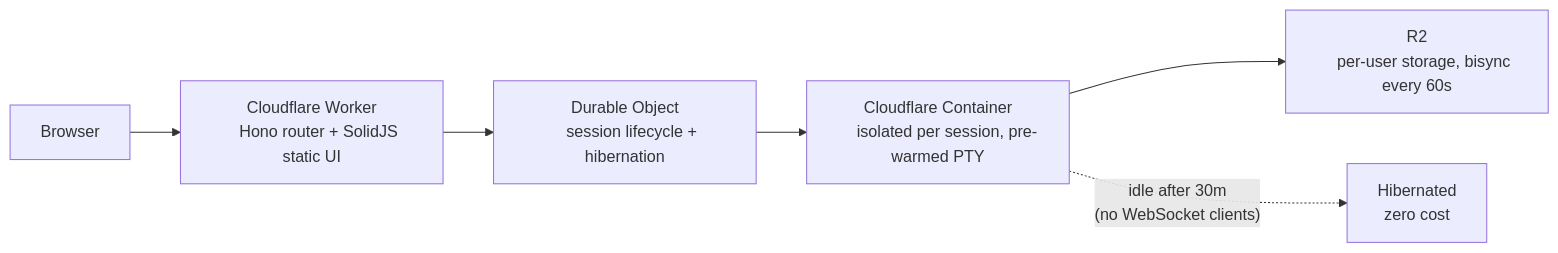
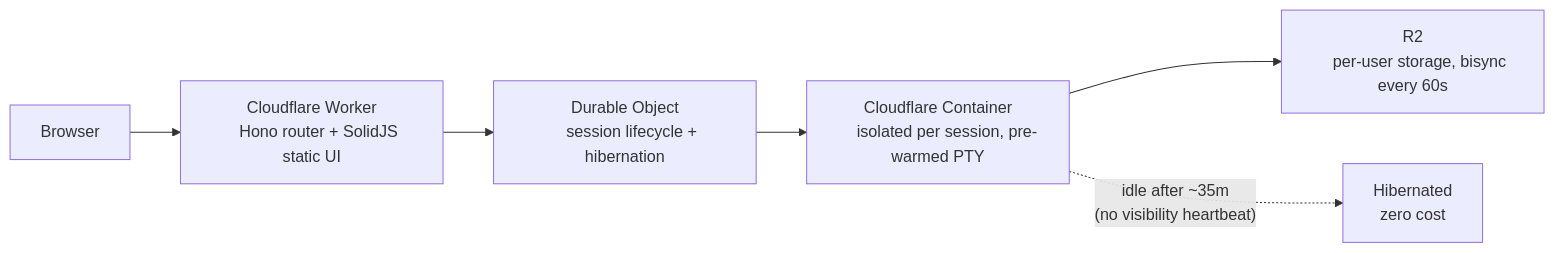
The diagram in README.md (nikolanovoselec/codeflare), drawn with Mermaid before and after one commit. The commit also changed 11 other files, not shown here.

First line of the commit message:
feat: visibility heartbeat idle detection — replace input-based renewal

````diff
--- a/README.md
+++ b/README.md
@@ -75,14 +75,14 @@
 ```mermaid
 flowchart LR
     A[Browser] --> B["Cloudflare Worker
     Hono router + SolidJS static UI"]
     B --> C["Durable Object
     session lifecycle + hibernation"]
     C --> D["Cloudflare Container
     isolated per session, pre-warmed PTY"]
     D --> E["R2
     per-user storage, bisync every 60s"]
-    D -. "idle after 30m
-    (no WebSocket clients)" .-> F["Hibernated
+    D -. "idle after ~35m
+    (no visibility heartbeat)" .-> F["Hibernated
     zero cost"]
 ```
````
